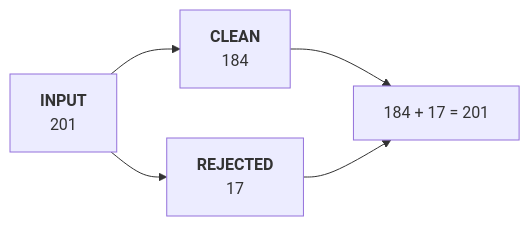
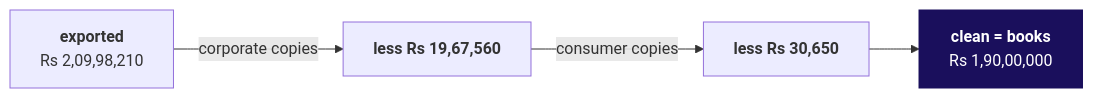
The diagram in content/W01/D3/cheatsheets/C2_W01_D03_reconciliation_STUDENT.md (fde-academy-lab/c2-content-factory), drawn with Mermaid before and after one commit. The commit also changed other lines of this file and 8 other files, not shown here.

````diff
--- a/content/W01/D3/cheatsheets/C2_W01_D03_reconciliation_STUDENT.md
+++ b/content/W01/D3/cheatsheets/C2_W01_D03_reconciliation_STUDENT.md
@@ -8,7 +9,8 @@
 ```mermaid
 flowchart LR
-    I["<b>INPUT</b><br/>201"] --> C["<b>CLEAN</b><br/>184"]
-    I --> R["<b>REJECTED</b><br/>17"]
-    C --> E["184 + 17 = 201"]
-    R --> E
+    E["<b>exported</b><br/>Rs 2,09,98,210"] -->|"corporate copies"| A["<b>less Rs 19,67,560</b>"]
+    A -->|"consumer copies"| B["<b>less Rs 30,650</b>"]
+    B --> C["<b>clean = books</b><br/>Rs 1,90,00,000"]
+    classDef bet fill:#1A0F5C,stroke:#1A0F5C,color:#FFFFFF
+    class C bet
 ```
````
